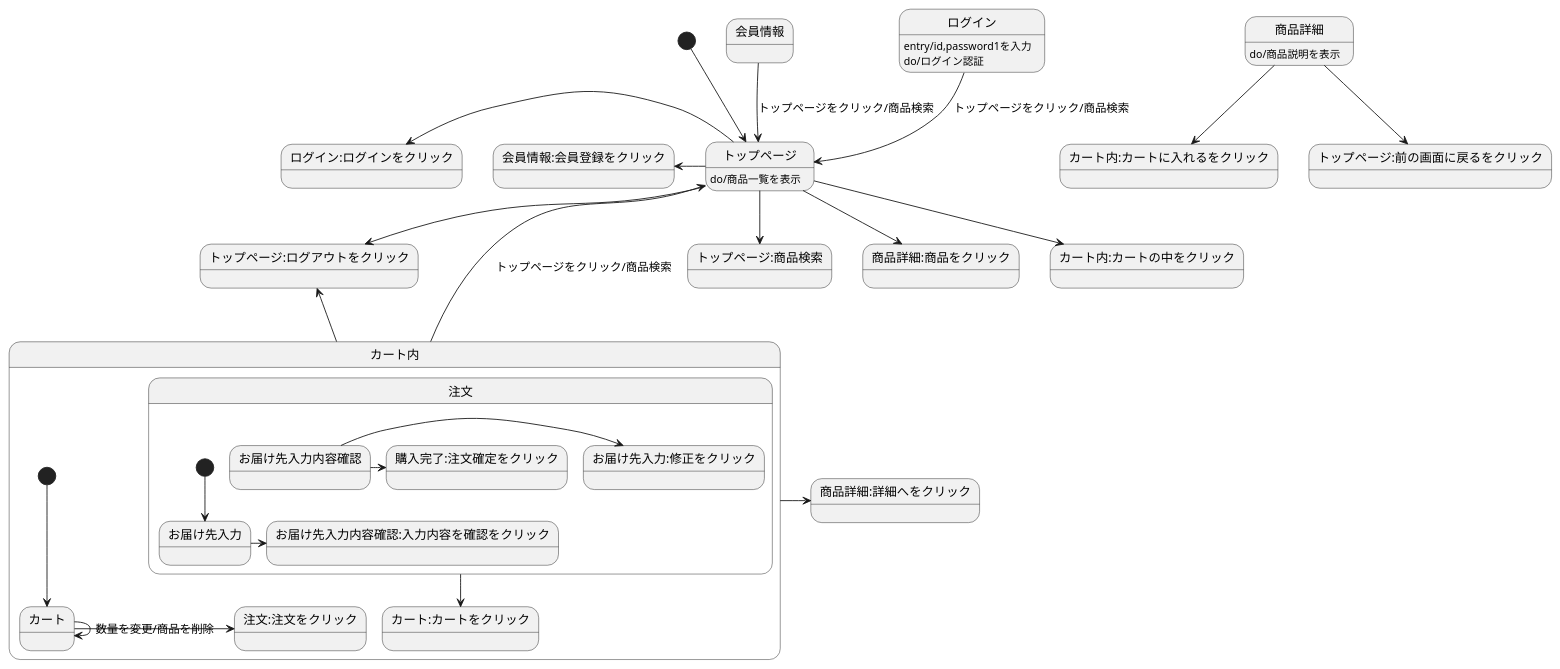
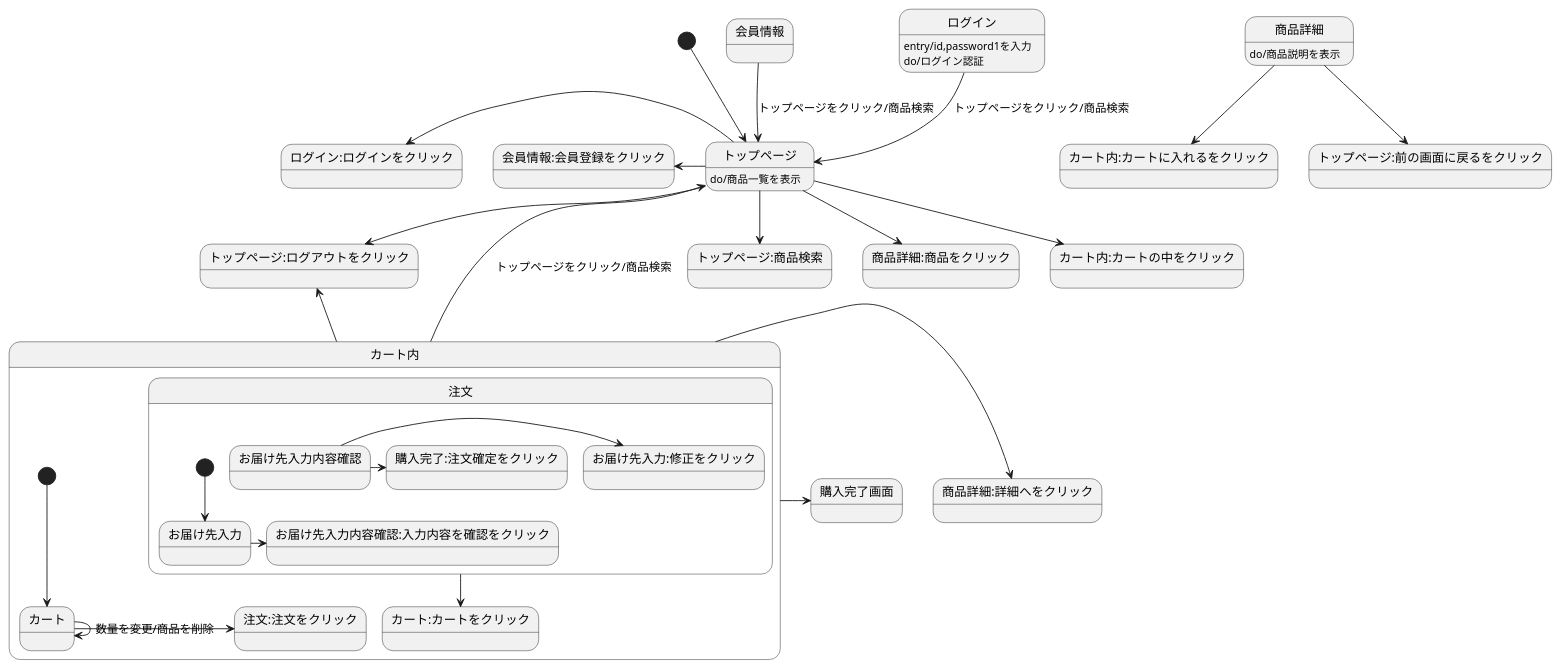
The diagram in 画面遷移図.md (Aso2001224/2021sys-design), drawn with PlantUML before and after one commit.

````diff
--- a/画面遷移図.md
+++ b/画面遷移図.md
@@ -1,35 +1,35 @@
 ```uml
 @startuml
 [*] --> トップページ
 会員情報--> トップページ:トップページをクリック/商品検索
 ログイン--> トップページ:トップページをクリック/商品検索
 ログイン:entry/id,password1を入力
 ログイン:do/ログイン認証
 トップページ-->トップページ:ログアウトをクリック
 トップページ-->トップページ:商品検索
 トップページ-->商品詳細:商品をクリック
 トップページ-left-> 会員情報:会員登録をクリック
 トップページ-left->ログイン:ログインをクリック
 トップページ-->カート内:カートの中をクリック
 トップページ:do/商品一覧を表示
 商品詳細-->カート内:カートに入れるをクリック
 商品詳細-->トップページ:前の画面に戻るをクリック
 商品詳細:do/商品説明を表示
 カート内-up->トップページ:トップページをクリック/商品検索
 カート内-up->トップページ:ログアウトをクリック
 カート内->商品詳細:詳細へをクリック
-
+カート内->購入完了画面
 state カート内{
 [*]-->カート
 カート->注文:注文をクリック
 カート-> カート:数量を変更/商品を削除
 注文-->カート:カートをクリック
 state 注文{
 [*]-->お届け先入力
 お届け先入力->お届け先入力内容確認:入力内容を確認をクリック
 お届け先入力内容確認-> お届け先入力:修正をクリック
 お届け先入力内容確認->購入完了:注文確定をクリック
 }
 }
 @enduml
 ```
````
